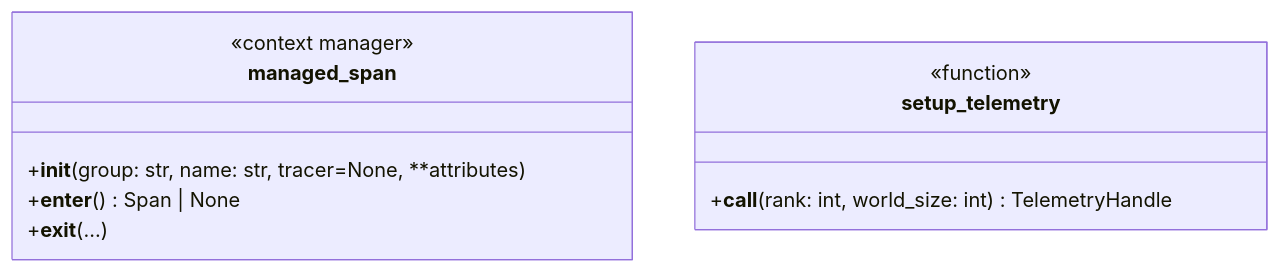
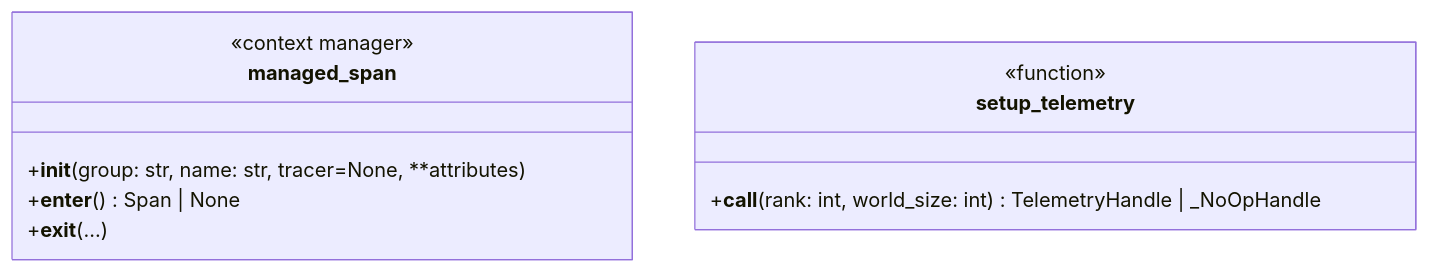
The second of 4 diagrams in docs/design/telemetry/NEMO_LENS.md (NVIDIA/nvidia-resiliency-ext), drawn with Mermaid before and after one commit. The commit also changed other lines of this file, not shown here.

First line of the commit message:
docs/design: update nemo-lens telemetry design

````diff
--- a/docs/design/telemetry/NEMO_LENS.md
+++ b/docs/design/telemetry/NEMO_LENS.md
@@ -68,14 +119,14 @@
 ```mermaid
 classDiagram
     class managed_span {
         <<context manager>>
         +__init__(group: str, name: str, tracer=None, **attributes)
         +__enter__() Span | None
         +__exit__(...)
     }
 
     class setup_telemetry {
         <<function>>
-        +__call__(rank: int, world_size: int) TelemetryHandle
+        +__call__(rank: int, world_size: int) TelemetryHandle | _NoOpHandle
     }
 ```
````
